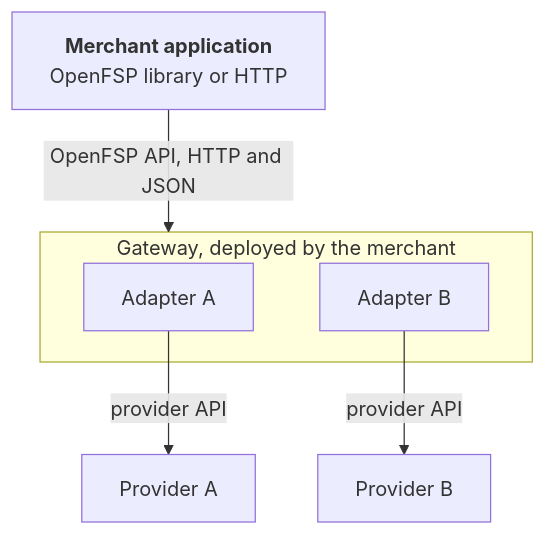
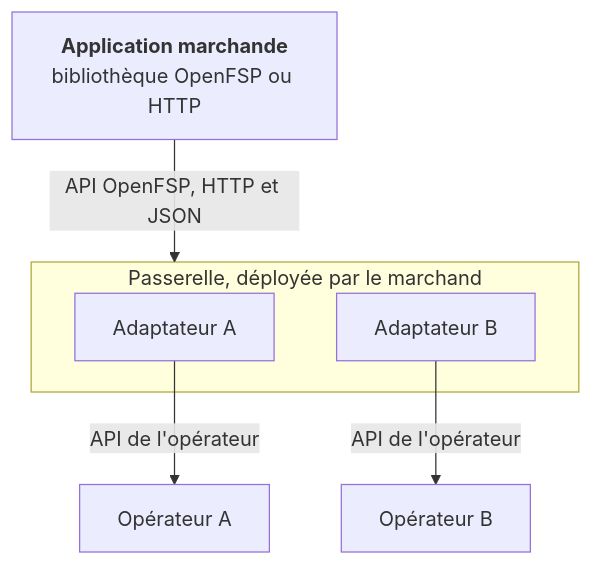
The diagram in content/docs/gateway.mdx (openfspht/openfsp.org), drawn with Mermaid before and after one commit. The commit also changed other lines of this file and 64 other files, not shown here.

````diff
--- a/content/docs/gateway.mdx
+++ b/content/docs/gateway.mdx
@@ -23,13 +23,13 @@
 ```mermaid
 flowchart TD
-    A["<b>Merchant application</b><br/>OpenFSP library or HTTP"]
-    subgraph G["Gateway, deployed by the merchant"]
-        AD1["Adapter A"]
-        AD2["Adapter B"]
+    A["<b>Application marchande</b><br/>bibliothèque OpenFSP ou HTTP"]
+    subgraph G["Passerelle, déployée par le marchand"]
+        AD1["Adaptateur A"]
+        AD2["Adaptateur B"]
     end
-    P1["Provider A"]
-    P2["Provider B"]
-    A -- "OpenFSP API, HTTP and JSON" --> G
-    AD1 -- "provider API" --> P1
-    AD2 -- "provider API" --> P2
+    P1["Opérateur A"]
+    P2["Opérateur B"]
+    A -- "API OpenFSP, HTTP et JSON" --> G
+    AD1 -- "API de l'opérateur" --> P1
+    AD2 -- "API de l'opérateur" --> P2
 ```
````
